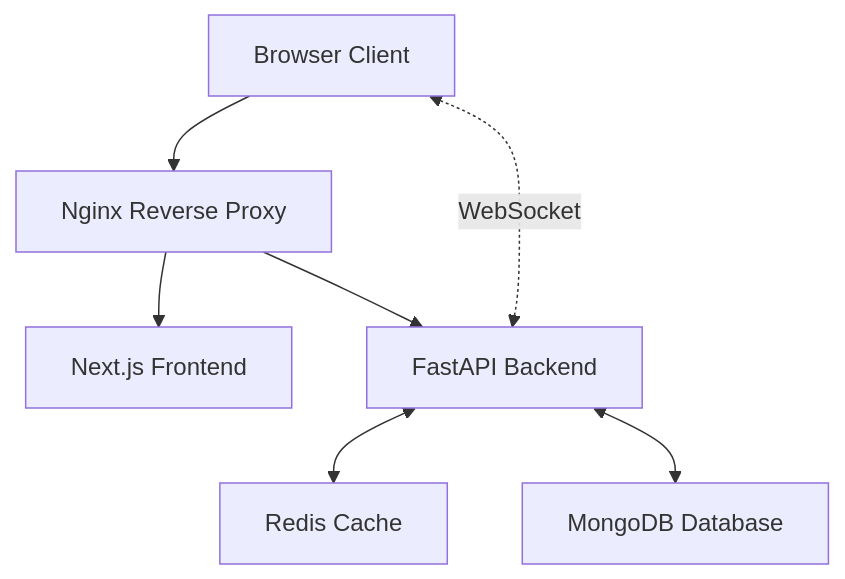
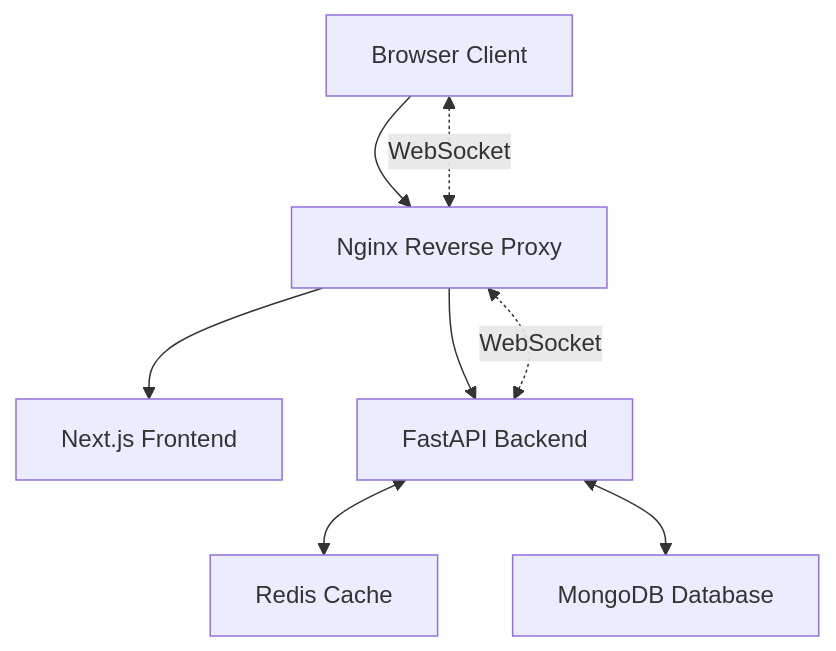
Before and after one commit to hackerSa3edy/FourFury: the diagram in README.md, drawn with Mermaid.

Commit message:
fix: Update WebSocket connection diagram in README for accurate representation

````diff
--- a/README.md
+++ b/README.md
@@ -258,16 +258,17 @@
 ```mermaid
 graph TB
     Client[Browser Client]
     Nginx[Nginx Reverse Proxy]
     Frontend[Next.js Frontend]
     Backend[FastAPI Backend]
     Redis[Redis Cache]
     MongoDB[MongoDB Database]
 
     Client --> Nginx
     Nginx --> Frontend
     Nginx --> Backend
     Backend <--> Redis
     Backend <--> MongoDB
-    Client <-.->|WebSocket| Backend
+    Client <-.->|WebSocket| Nginx
+    Nginx <-.->|WebSocket| Backend
 ```
````
